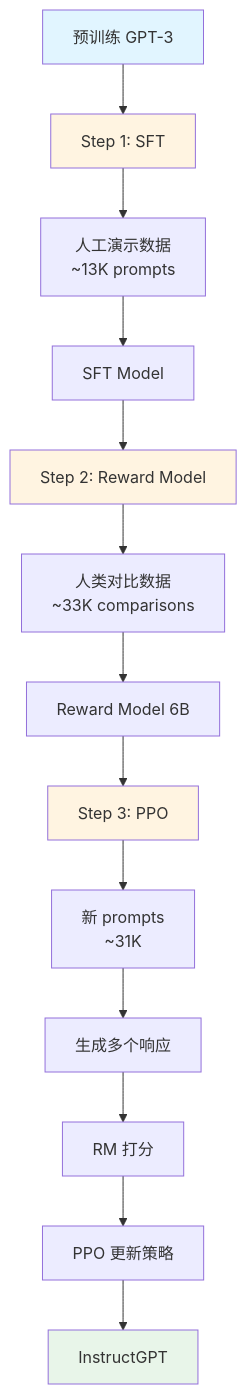
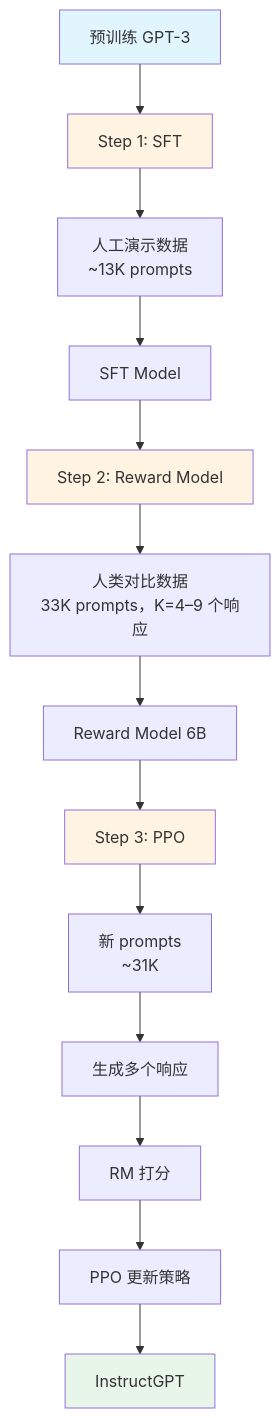
Before and after one commit to meraks/ArxivPaperReader: the first of 2 diagrams in DeepReadings/2022-03-04-instructgpt.md, drawn with Mermaid. The commit also changed other lines of this file and 157 other files, not shown here.

````diff
--- a/DeepReadings/2022-03-04-instructgpt.md
+++ b/DeepReadings/2022-03-04-instructgpt.md
@@ -71,23 +72,23 @@
 ```mermaid
 graph TD
     A[预训练 GPT-3] --> B[Step 1: SFT]
     B --> C[人工演示数据<br/>~13K prompts]
     C --> D[SFT Model]
     
     D --> E[Step 2: Reward Model]
-    E --> F[人类对比数据<br/>~33K comparisons]
+    E --> F[人类对比数据<br/>33K prompts，K=4–9 个响应]
     F --> G[Reward Model 6B]
     
     G --> H[Step 3: PPO]
     H --> I[新 prompts<br/>~31K]
     I --> J[生成多个响应]
     J --> K[RM 打分]
     K --> L[PPO 更新策略]
     L --> M[InstructGPT]
     
     style A fill:#e1f5ff
     style B fill:#fff4e1
     style E fill:#fff4e1
     style H fill:#fff4e1
     style M fill:#e8f5e9
 ```
````
